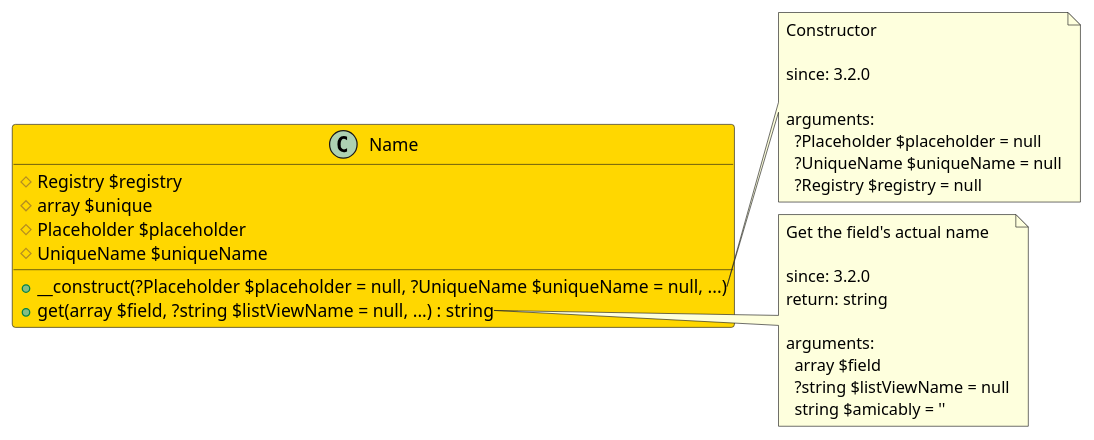
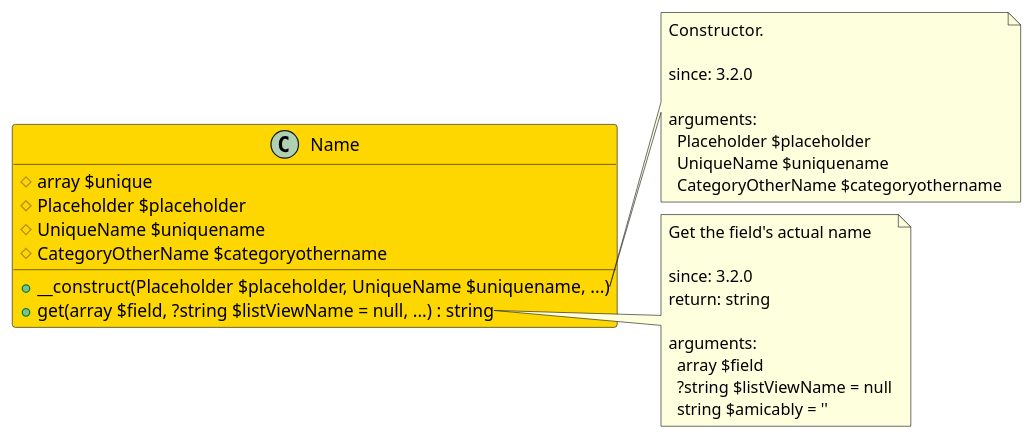
Before and after one commit to joomengine/jcb-compiler: the diagram in src/9387215f-a965-4421-acf3-5e8f9d11382f/README.md, drawn with PlantUML. The commit also changed 725 other files, not shown here.

````diff
--- a/src/9387215f-a965-4421-acf3-5e8f9d11382f/README.md
+++ b/src/9387215f-a965-4421-acf3-5e8f9d11382f/README.md
@@ -11,36 +11,36 @@
 ```uml
 @startuml
 class Name  #Gold {
-  # Registry $registry
   # array $unique
   # Placeholder $placeholder
-  # UniqueName $uniqueName
-  + __construct(?Placeholder $placeholder = null, ?UniqueName $uniqueName = null, ...)
+  # UniqueName $uniquename
+  # CategoryOtherName $categoryothername
+  + __construct(Placeholder $placeholder, UniqueName $uniquename, ...)
   + get(array $field, ?string $listViewName = null, ...) : string
 }
 
 note right of Name::__construct
-  Constructor
+  Constructor.
 
   since: 3.2.0
   
   arguments:
-    ?Placeholder $placeholder = null
-    ?UniqueName $uniqueName = null
-    ?Registry $registry = null
+    Placeholder $placeholder
+    UniqueName $uniquename
+    CategoryOtherName $categoryothername
 end note
 
 note right of Name::get
   Get the field's actual name
 
   since: 3.2.0
   return: string
   
   arguments:
     array $field
     ?string $listViewName = null
     string $amicably = ''
 end note
  
 @enduml
 ```
````
